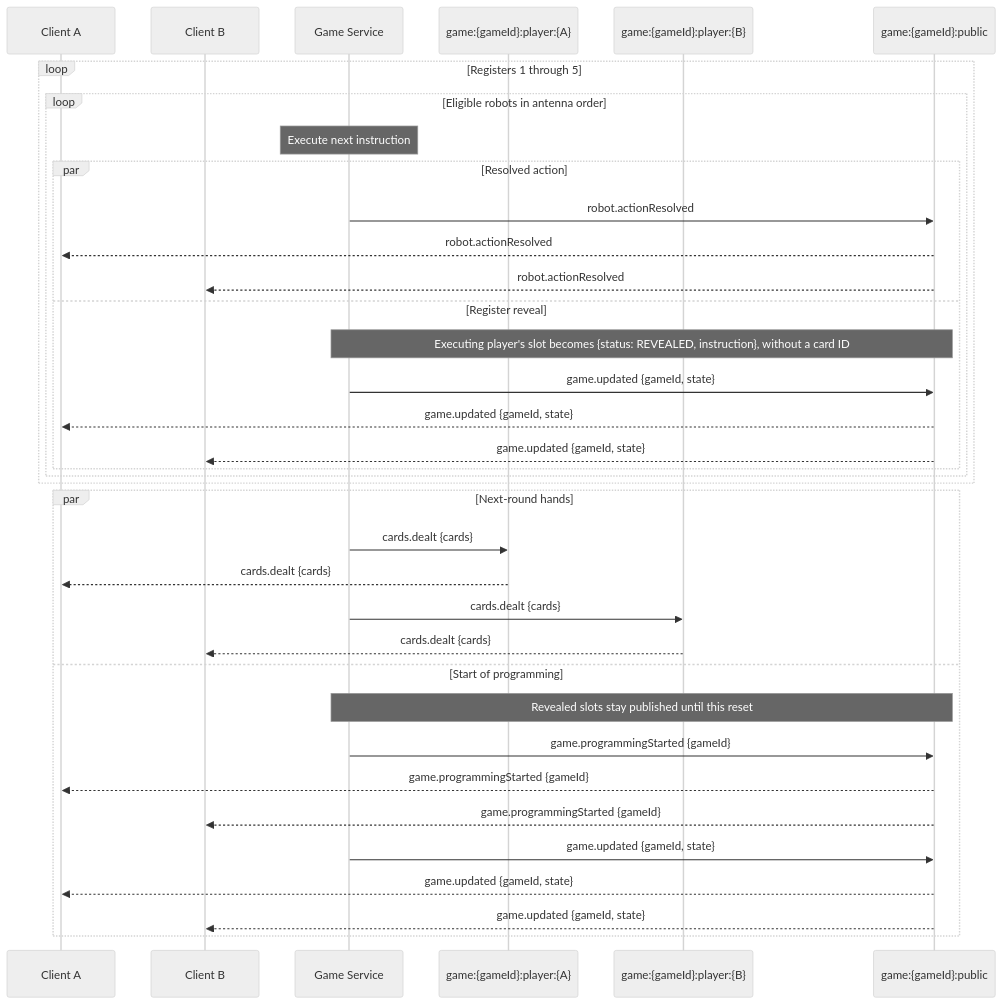
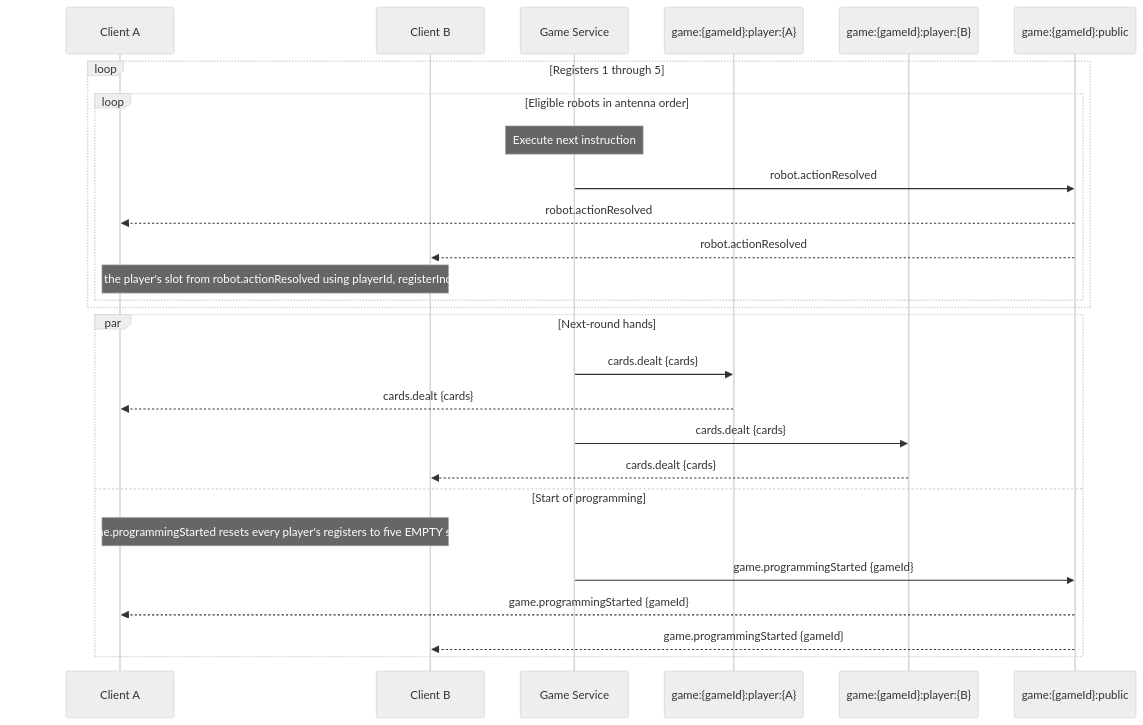
The third of 5 diagrams in docs/Communication.md (hananinas/RoboRally), drawn with Mermaid (neutral theme) before and after one commit. The commit also changed other lines of this file and 2 other files, not shown here.

Commit message:
docs: broadcast register occupancy through game.registersChanged
Replace the game.updated state broadcast with a per-player
occupancy broadcast. Slots are revealed client side from
robot.actionResolved, and revealed registers stay in
game.started and session.get snapshots until
game.programmingStarted resets them.

Part of #143

````diff
--- a/docs/Communication.md
+++ b/docs/Communication.md
@@ -256,40 +257,31 @@
 ```mermaid
 sequenceDiagram
     participant A as Client A
     participant B as Client B
     participant Server as Game Service
     participant PrivateA as game:{gameId}:player:{A}
     participant PrivateB as game:{gameId}:player:{B}
     participant Public as game:{gameId}:public
 
     loop Registers 1 through 5
         loop Eligible robots in antenna order
             Note over Server: Execute next instruction
-            par Resolved action
-                Server->>Public: robot.actionResolved
-                Public-->>A: robot.actionResolved
-                Public-->>B: robot.actionResolved
-            and Register reveal
-                Note over Server,Public: Executing player's slot becomes {status: REVEALED, instruction}, without a card ID
-                Server->>Public: game.updated {gameId, state}
-                Public-->>A: game.updated {gameId, state}
-                Public-->>B: game.updated {gameId, state}
-            end
+            Server->>Public: robot.actionResolved
+            Public-->>A: robot.actionResolved
+            Public-->>B: robot.actionResolved
+            Note over A,B: Each client reveals the player's slot from robot.actionResolved using playerId, registerIndex and instruction
         end
     end
 
     par Next-round hands
         Server->>PrivateA: cards.dealt {cards}
         PrivateA-->>A: cards.dealt {cards}
         Server->>PrivateB: cards.dealt {cards}
         PrivateB-->>B: cards.dealt {cards}
     and Start of programming
-        Note over Server,Public: Revealed slots stay published until this reset
+        Note over A,B: game.programmingStarted resets every player's registers to five EMPTY slots
         Server->>Public: game.programmingStarted {gameId}
         Public-->>A: game.programmingStarted {gameId}
         Public-->>B: game.programmingStarted {gameId}
-        Server->>Public: game.updated {gameId, state}
-        Public-->>A: game.updated {gameId, state}
-        Public-->>B: game.updated {gameId, state}
     end
 ```
````
